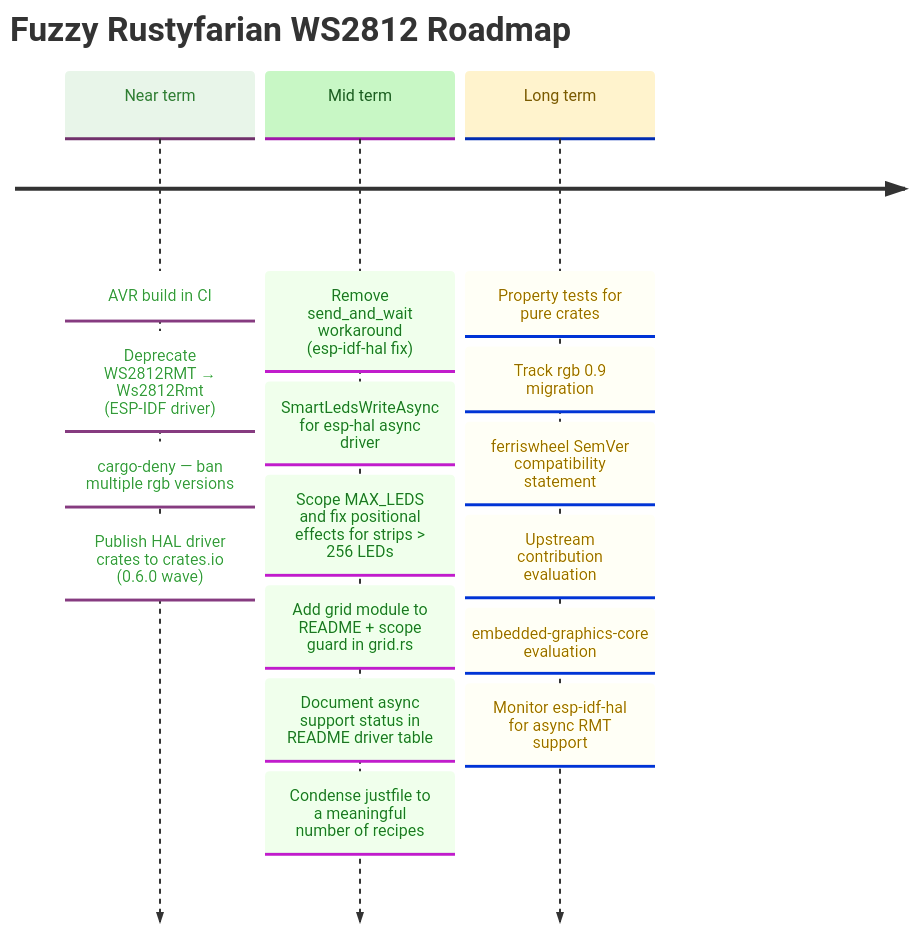
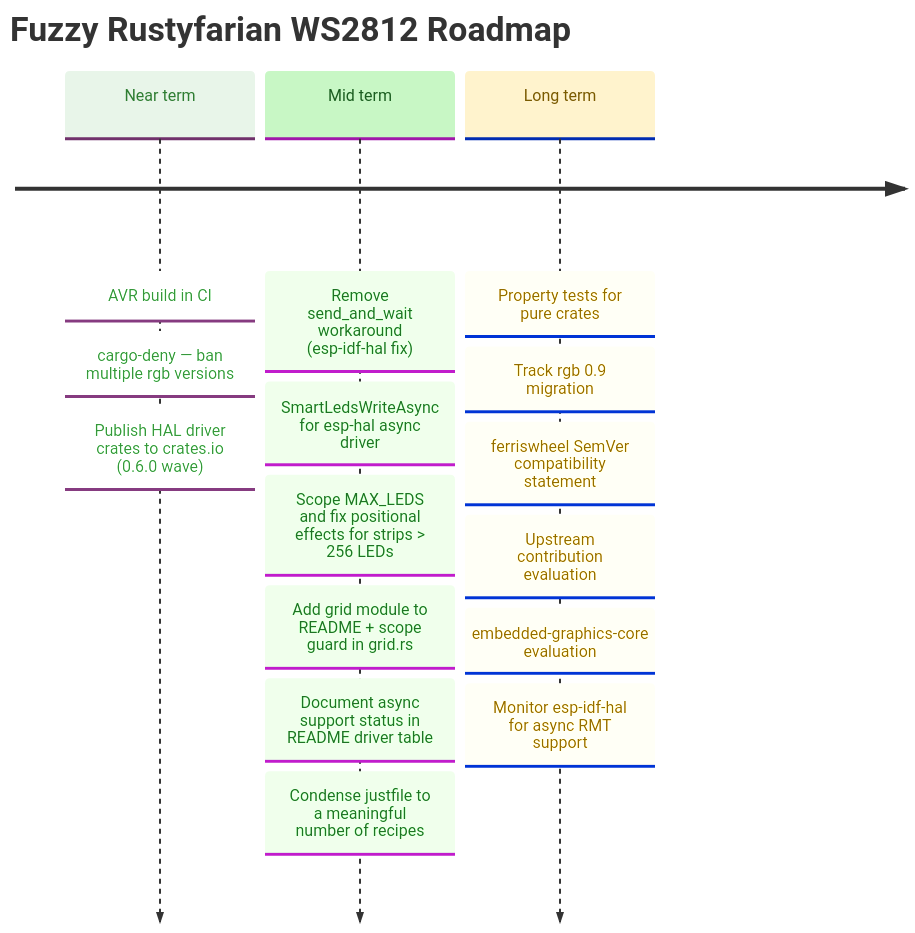
One commit to datenkollektiv/rustyfarian-ws2812 changed the diagram in docs/ROADMAP.md. Above: the diagram before and after it, drawn with Mermaid. The commit also changed other lines of this file and 15 other files, not shown here.

Commit message:
Deprecate `WS2812RMT` in favor of `Ws2812Rmt`

````diff
--- a/docs/ROADMAP.md
+++ b/docs/ROADMAP.md
@@ -19,37 +18,36 @@
 ```mermaid
 %%{init: {
   "theme": "base",
   "themeVariables": {
     "cScale0": "#e8f5e9",
     "cScaleLabel0": "#2e7d32",
     "cScale1": "#c8f7c5",
     "cScaleLabel1": "#1b5e20",
     "cScale2": "#fff3cd",
     "cScaleLabel2": "#7a5a00",
     "cScale3": "#e3f2fd",
     "cScaleLabel3": "#0d47a1"
   }
 }}%%
 
 timeline
     title Fuzzy Rustyfarian WS2812 Roadmap
 
     Near term : AVR build in CI
-              : Deprecate WS2812RMT → Ws2812Rmt (ESP-IDF driver)
               : cargo-deny — ban multiple rgb versions
               : Publish HAL driver crates to crates.io (0.6.0 wave)
 
     Mid term  : Remove send_and_wait workaround (esp-idf-hal fix)
               : SmartLedsWriteAsync for esp-hal async driver
               : Scope MAX_LEDS and fix positional effects for strips > 256 LEDs
               : Add grid module to README + scope guard in grid.rs
               : Document async support status in README driver table
               : Condense justfile to a meaningful number of recipes
 
     Long term : Property tests for pure crates
               : Track rgb 0.9 migration
               : ferriswheel SemVer compatibility statement
               : Upstream contribution evaluation
               : embedded-graphics-core evaluation
               : Monitor esp-idf-hal for async RMT support
 ```
````
